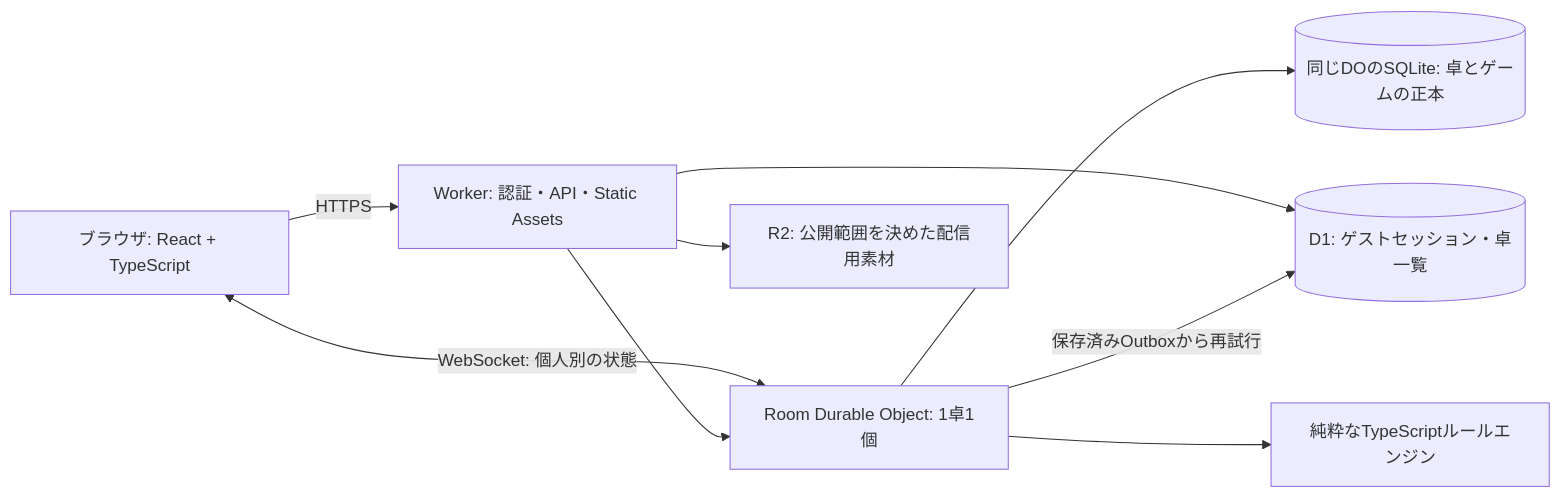
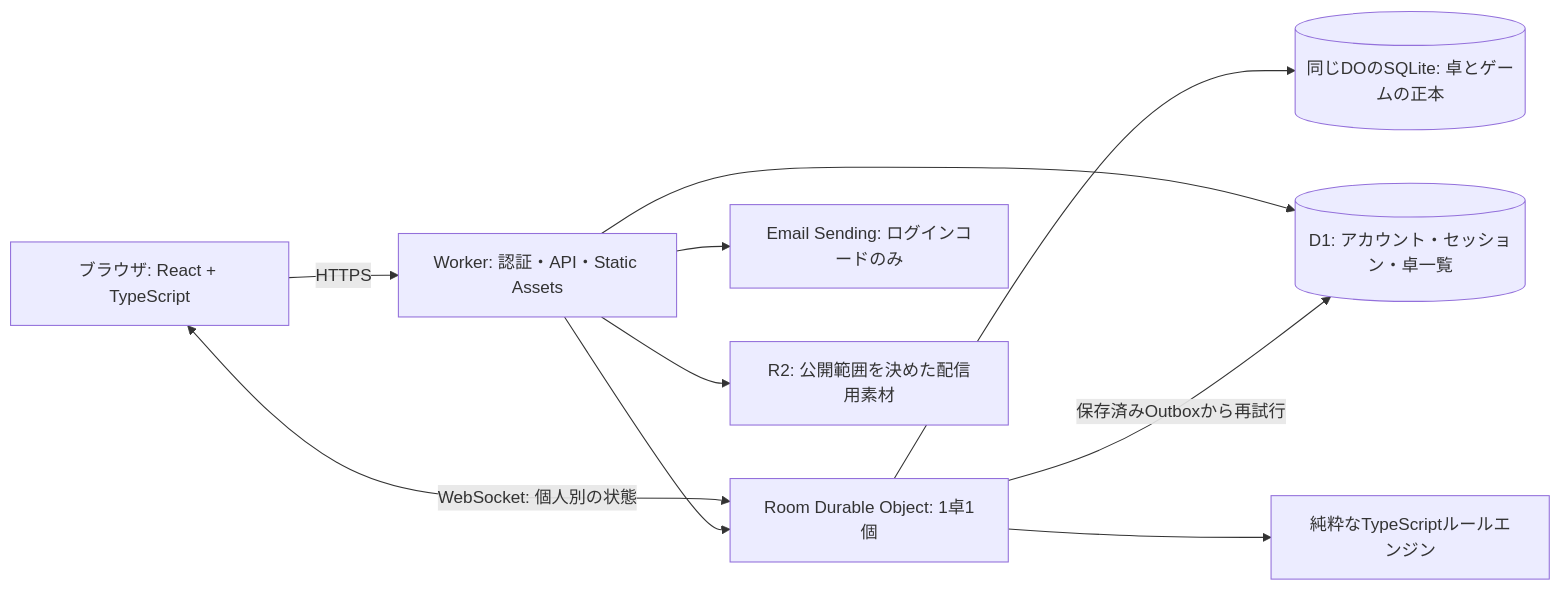
One commit to mc-chinju/madou-senki changed the diagram in docs/superpowers/specs/2026-09-07-online-game-design.md. Above: the diagram before and after it, drawn with Mermaid. The commit also changed other lines of this file and 8 other files, not shown here.

````diff
--- a/docs/superpowers/specs/2026-09-07-online-game-design.md
+++ b/docs/superpowers/specs/2026-09-07-online-game-design.md
@@ -27,11 +27,12 @@
 ```mermaid
 flowchart LR
   Browser[ブラウザ: React + TypeScript] -->|HTTPS| Worker[Worker: 認証・API・Static Assets]
   Browser <-->|WebSocket: 個人別の状態| Room[Room Durable Object: 1卓1個]
   Worker --> Room
   Room --> Store[(同じDOのSQLite: 卓とゲームの正本)]
-  Worker --> D1[(D1: ゲストセッション・卓一覧)]
+  Worker --> D1[(D1: アカウント・セッション・卓一覧)]
+  Worker --> Mail[Email Sending: ログインコードのみ]
   Room -->|保存済みOutboxから再試行| D1
   Worker --> Assets[R2: 公開範囲を決めた配信用素材]
   Room --> Engine[純粋なTypeScriptルールエンジン]
 ```
````
